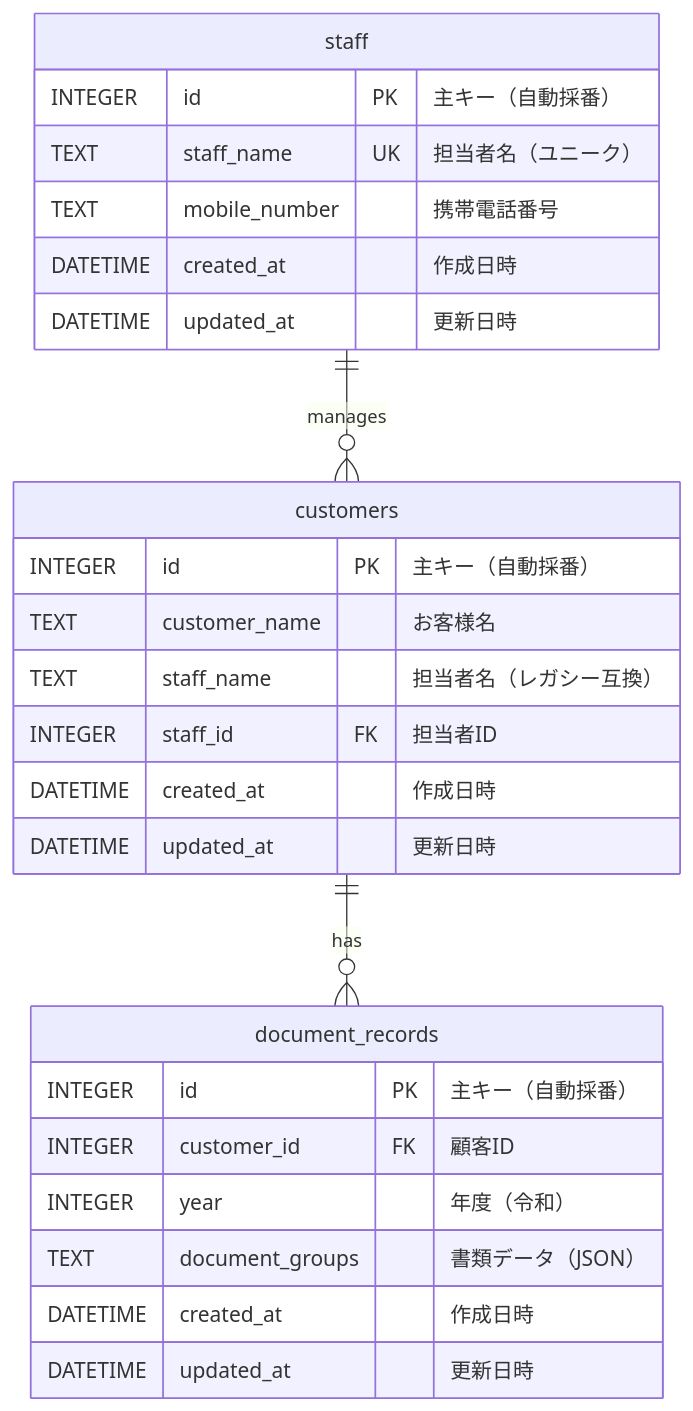
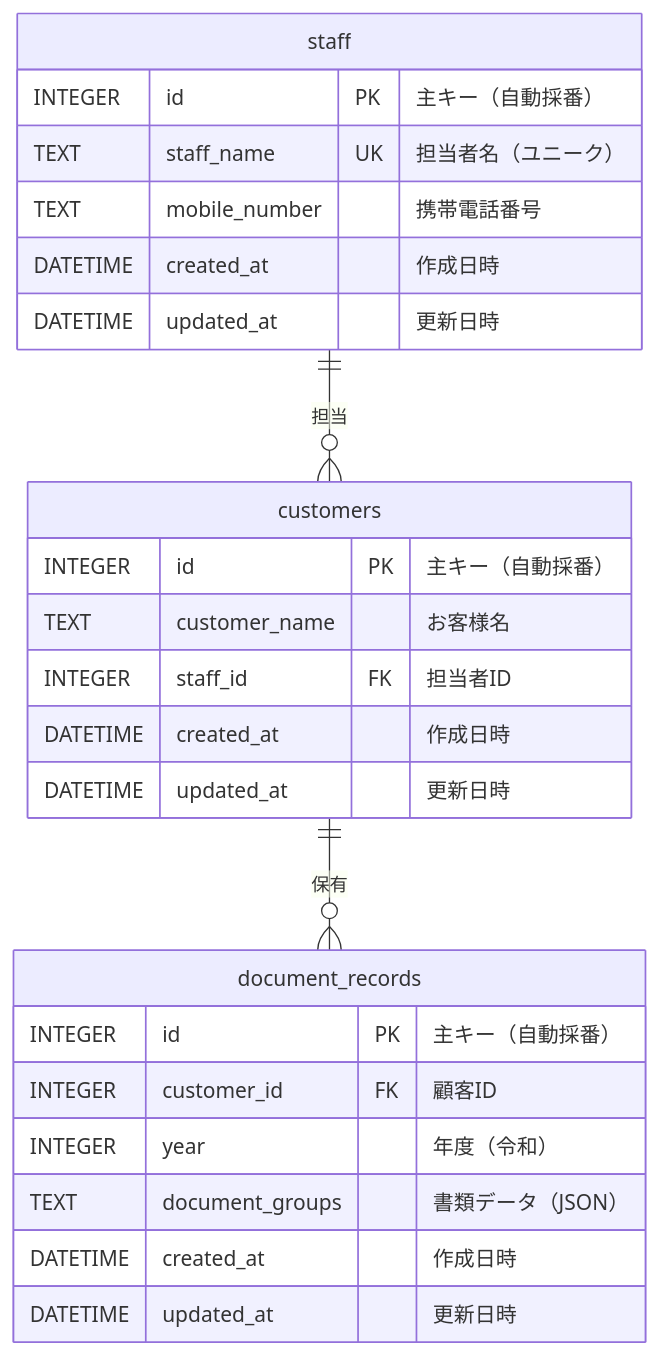
One commit to kojima1978/tax_apps changed the diagram in apps/Required-documents-for-tax-return/docs/ER図.md. Above: the diagram before and after it, drawn with Mermaid. The commit also changed other lines of this file and 5 other files, not shown here.

First line of the commit message:
refactor(tax-docs): DB正規化（3NF）— customers.staff_name冗長カラム削除

````diff
--- a/apps/Required-documents-for-tax-return/docs/ER図.md
+++ b/apps/Required-documents-for-tax-return/docs/ER図.md
@@ -7,31 +7,30 @@
 ```mermaid
 erDiagram
-    staff ||--o{ customers : "manages"
-    customers ||--o{ document_records : "has"
+    staff ||--o{ customers : "担当"
+    customers ||--o{ document_records : "保有"
 
     staff {
         INTEGER id PK "主キー（自動採番）"
         TEXT staff_name UK "担当者名（ユニーク）"
         TEXT mobile_number "携帯電話番号"
         DATETIME created_at "作成日時"
         DATETIME updated_at "更新日時"
     }
 
     customers {
         INTEGER id PK "主キー（自動採番）"
         TEXT customer_name "お客様名"
-        TEXT staff_name "担当者名（レガシー互換）"
         INTEGER staff_id FK "担当者ID"
         DATETIME created_at "作成日時"
         DATETIME updated_at "更新日時"
     }
 
     document_records {
         INTEGER id PK "主キー（自動採番）"
         INTEGER customer_id FK "顧客ID"
         INTEGER year "年度（令和）"
         TEXT document_groups "書類データ（JSON）"
         DATETIME created_at "作成日時"
         DATETIME updated_at "更新日時"
     }
 ```
````
